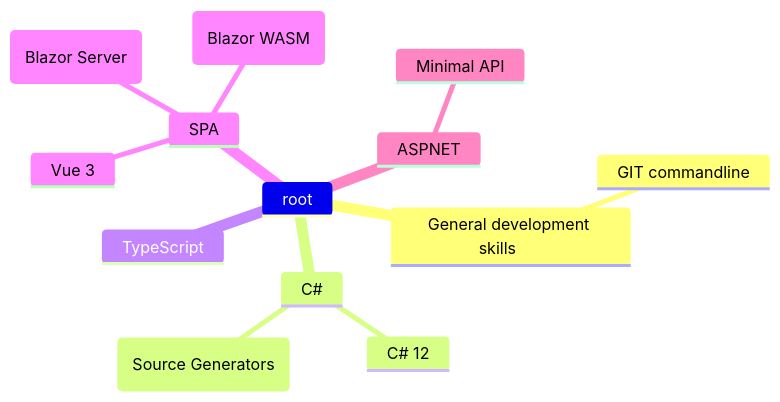
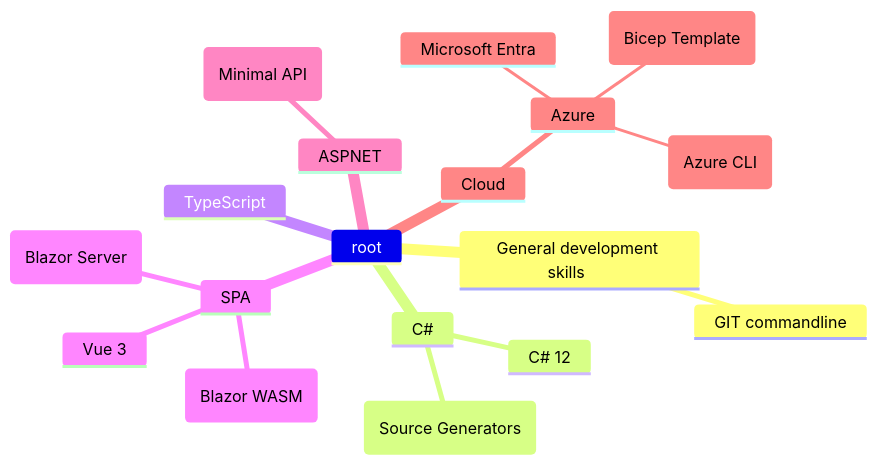
Before and after one commit to renevdhoek/renevdhoek: the second of 2 diagrams in README.md, drawn with Mermaid.

````diff
--- a/README.md
+++ b/README.md
@@ -11,16 +11,21 @@
 ```mermaid
 mindmap
   root
     General development skills      
         GIT commandline
     C#
       C# 12
       (Source Generators)
     TypeScript
     SPA
       Vue 3
       (Blazor Server)
       (Blazor WASM)
     ASPNET
-      Minimal API
+      (Minimal API)
+    Cloud
+      Azure
+        Microsoft Entra
+        (Bicep Template)
+        (Azure CLI)
 ```
````
